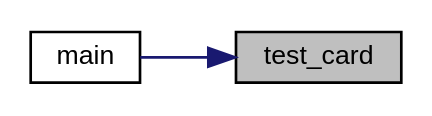
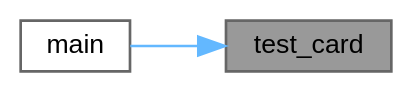
Before and after one commit to jesstyrrell/cosc345: the diagram in test___card_8cpp_a3e6340a433d7669030ad0cab0d4d8ec5_icgraph.dot, drawn with Graphviz. The commit also changed 284 other files, not shown here.

```diff
--- a/test___card_8cpp_a3e6340a433d7669030ad0cab0d4d8ec5_icgraph.dot
+++ b/test___card_8cpp_a3e6340a433d7669030ad0cab0d4d8ec5_icgraph.dot
@@ -1,11 +1,12 @@
 digraph "test_card"
 {
  // INTERACTIVE_SVG=YES
  // LATEX_PDF_SIZE
-  edge [fontname="Helvetica",fontsize="10",labelfontname="Helvetica",labelfontsize="10"];
-  node [fontname="Helvetica",fontsize="10",shape=record];
+  bgcolor="transparent";
+  edge [fontname=Helvetica,fontsize=10,labelfontname=Helvetica,labelfontsize=10];
+  node [fontname=Helvetica,fontsize=10,shape=box,height=0.2,width=0.4];
   rankdir="RL";
-  Node1 [label="test_card",height=0.2,width=0.4,color="black", fillcolor="grey75", style="filled", fontcolor="black",tooltip=" "];
-  Node1 -> Node2 [dir="back",color="midnightblue",fontsize="10",style="solid",fontname="Helvetica"];
-  Node2 [label="main",height=0.2,width=0.4,color="black", fillcolor="white", style="filled",URL="$test___card_8cpp.html#ae66f6b31b5ad750f1fe042a706a4e3d4",tooltip=" "];
+  Node1 [id="Node000001",label="test_card",height=0.2,width=0.4,color="gray40", fillcolor="grey60", style="filled", fontcolor="black",tooltip=" "];
+  Node1 -> Node2 [id="edge1_Node000001_Node000002",dir="back",color="steelblue1",style="solid",tooltip=" "];
+  Node2 [id="Node000002",label="main",height=0.2,width=0.4,color="grey40", fillcolor="white", style="filled",URL="$test___card_8cpp.html#ae66f6b31b5ad750f1fe042a706a4e3d4",tooltip=" "];
 }
```
